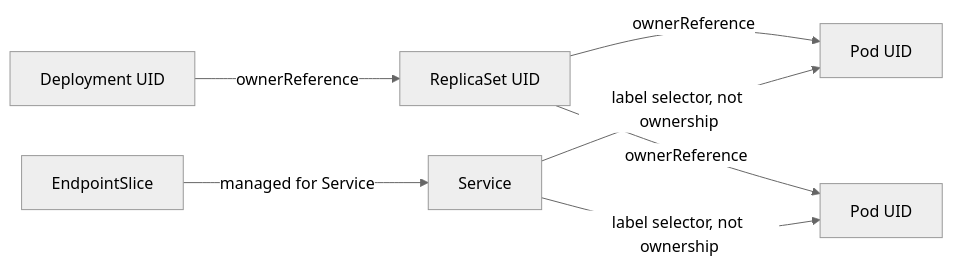
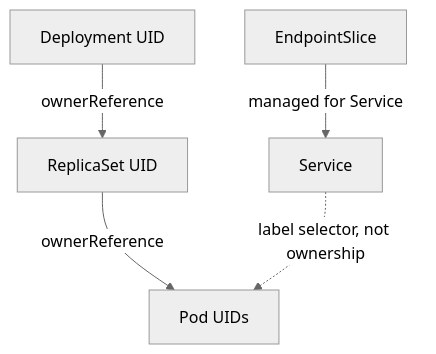
Before and after one commit to searge/deck: the fourth of 4 diagrams in core/k8s/object_to_running_pod.md, drawn with Mermaid (neutral theme). The commit also changed other lines of this file and 27 other files, not shown here.

````diff
--- a/core/k8s/object_to_running_pod.md
+++ b/core/k8s/object_to_running_pod.md
@@ -72,9 +72,7 @@
 ```mermaid
-flowchart LR
+flowchart TB
     D[Deployment UID] -->|ownerReference| R[ReplicaSet UID]
-    R -->|ownerReference| P1[Pod UID]
-    R -->|ownerReference| P2[Pod UID]
-    S[Service] -->|label selector, not ownership| P1
-    S -->|label selector, not ownership| P2
-    E[EndpointSlice] -->|managed for Service| S
+    R -->|ownerReference| P[Pod UIDs]
+    E[EndpointSlice] -->|managed for Service| S[Service]
+    S -. label selector, not ownership .-> P
 ```
````
